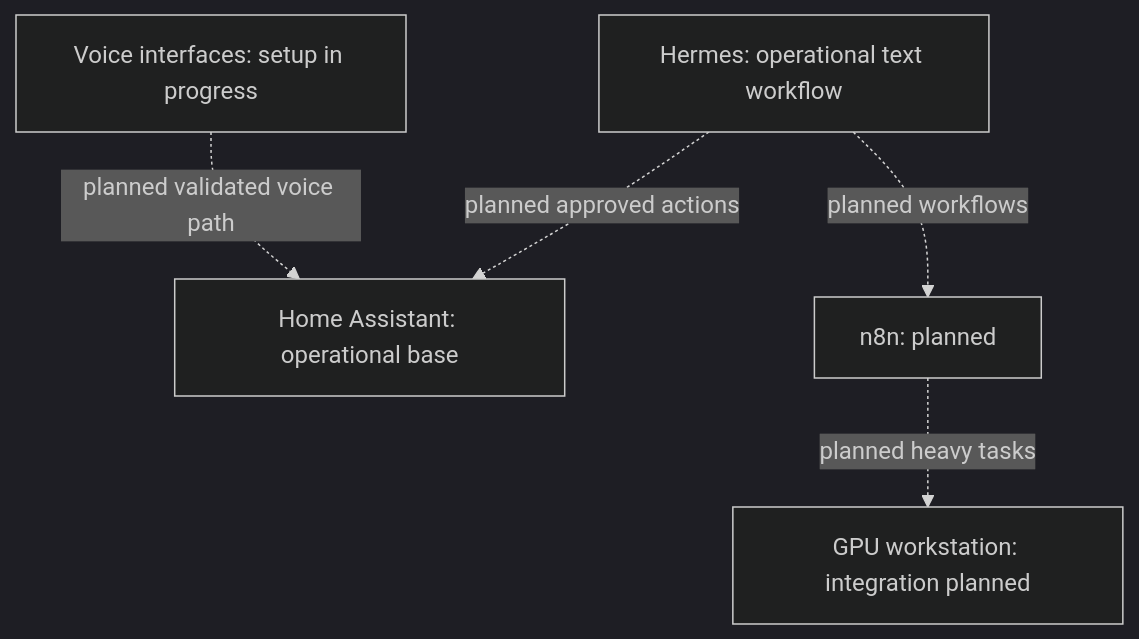
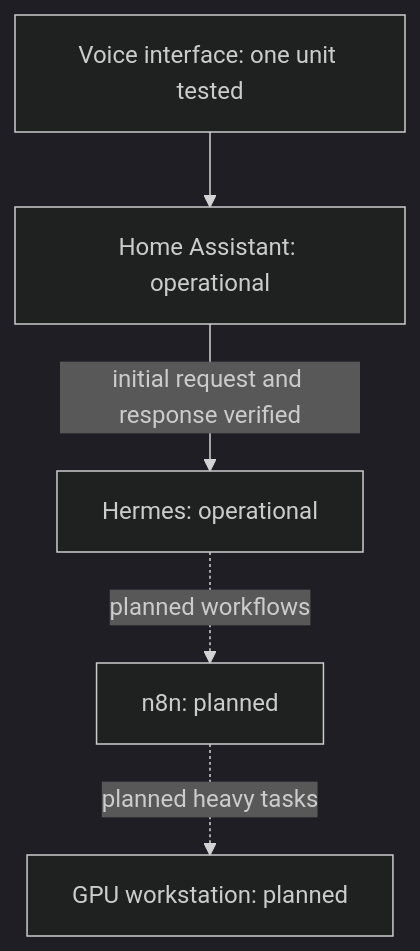
The second of 2 diagrams in docs/architecture.md (DeadPol8789/homelab), drawn with Mermaid (dark theme) before and after one commit. The commit also changed other lines of this file and 8 other files, not shown here.

````diff
--- a/docs/architecture.md
+++ b/docs/architecture.md
@@ -70,7 +72,7 @@
 ```mermaid
 flowchart TD
-    HERMES["Hermes: operational text workflow"] -. "planned approved actions" .-> HA["Home Assistant: operational base"]
-    VOICE["Voice interfaces: setup in progress"] -. "planned validated voice path" .-> HA
+    VOICE["Voice interface: one unit tested"] --> HA["Home Assistant: operational"]
+    HA -->|"initial request and response verified"| HERMES["Hermes: operational"]
     HERMES -. "planned workflows" .-> N8N["n8n: planned"]
-    N8N -. "planned heavy tasks" .-> GPU["GPU workstation: integration planned"]
+    N8N -. "planned heavy tasks" .-> GPU["GPU workstation: planned"]
 ```
````
